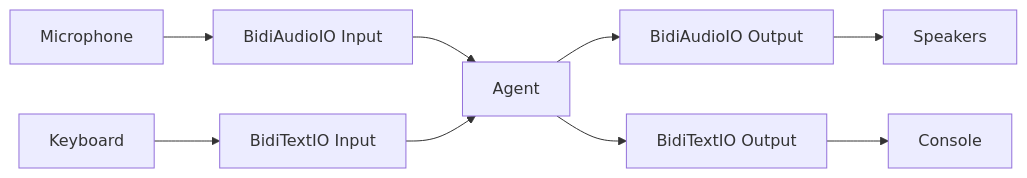
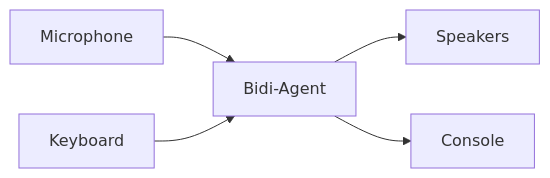
Before and after one commit to mehtarac/docs: the diagram in docs/user-guide/concepts/experimental/bidirectional-streaming/io.md, drawn with Mermaid. The commit also changed other lines of this file, not shown here.

Commit message:
bidi - io - refine docs

````diff
--- a/docs/user-guide/concepts/experimental/bidirectional-streaming/io.md
+++ b/docs/user-guide/concepts/experimental/bidirectional-streaming/io.md
@@ -15,11 +8,9 @@
 ```mermaid
 flowchart LR
-    A[Microphone] --> B[BidiAudioIO Input]
-    C[Keyboard] --> D[BidiTextIO Input]
-    B --> E[Agent]
-    D --> E
-    E --> F[BidiAudioIO Output]
-    E --> G[BidiTextIO Output]
-    F --> H[Speakers]
-    G --> I[Console]
+    A[Microphone]
+    B[Keyboard]
+    A --> C[Bidi-Agent]
+    B --> C
+    C --> D[Speakers]
+    C --> E[Console]
 ```
````
